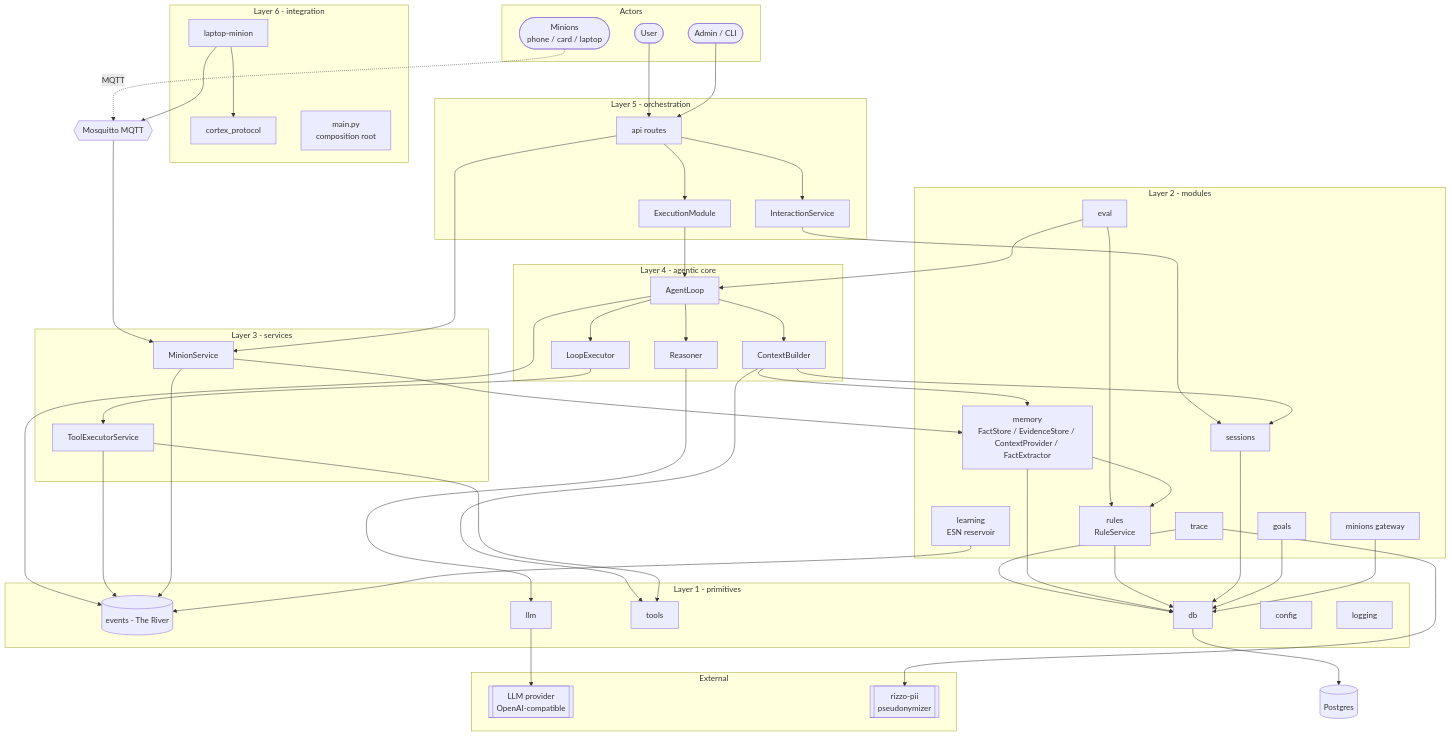
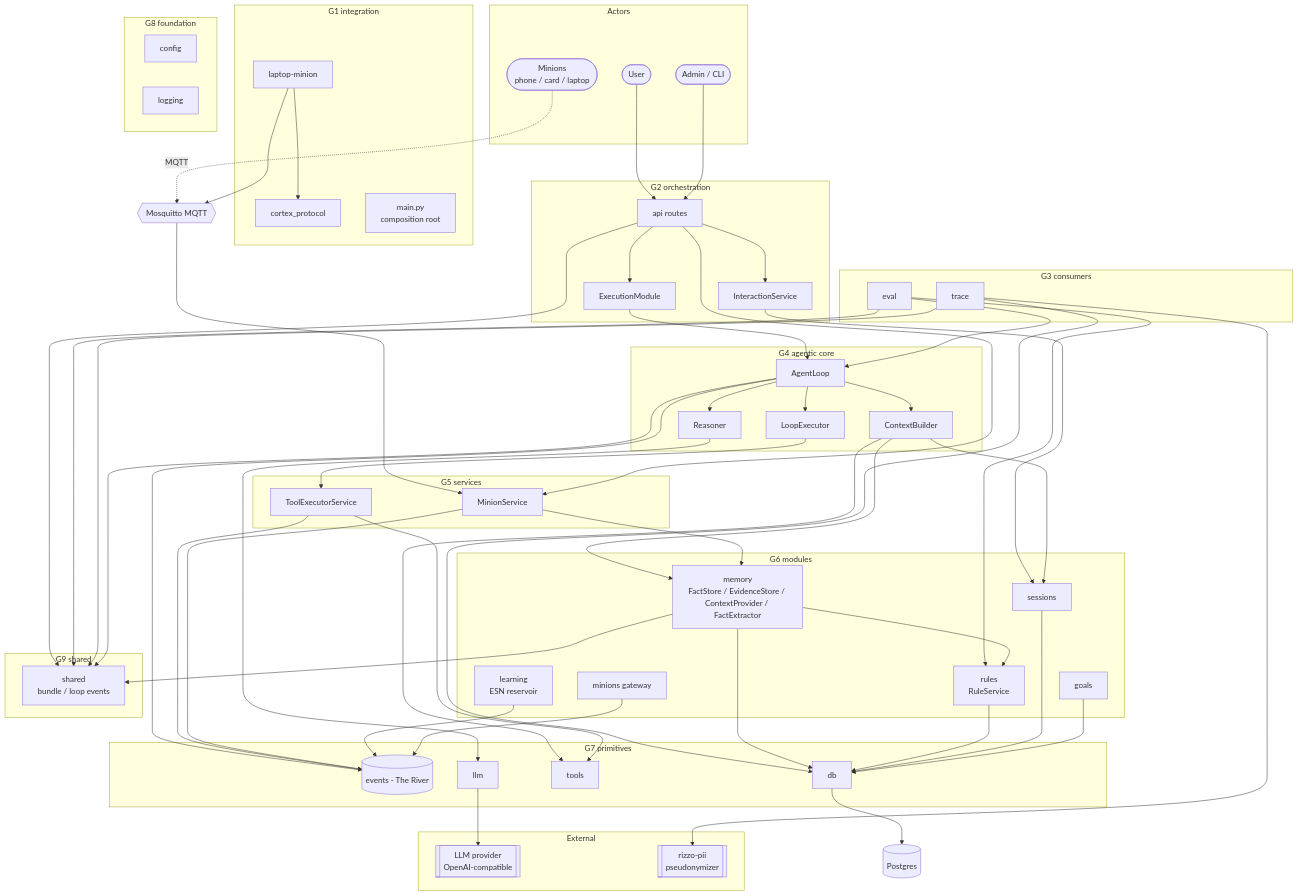
One commit to salvatorebottiglieri/botti-agent changed the first of 3 diagrams in docs/specs/architecture.md. Above: the diagram before and after it, drawn with Mermaid. The commit also changed other lines of this file and 2 other files, not shown here.

Commit message:
docs(boundaries): #184 the architecture document follows the enforced order

````diff
--- a/docs/specs/architecture.md
+++ b/docs/specs/architecture.md
@@ -33,48 +34,58 @@
         Sidecar[[rizzo-pii<br/>pseudonymizer]]
     end
 
-    subgraph L6["Layer 6 - integration"]
+    subgraph G1["G1 integration"]
         Protocol[cortex_protocol]
         Laptop[laptop-minion]
         Root[main.py<br/>composition root]
     end
 
-    subgraph L5["Layer 5 - orchestration"]
+    subgraph G2["G2 orchestration"]
         API[api routes]
         Execution[ExecutionModule]
         Interaction[InteractionService]
     end
 
-    subgraph L4["Layer 4 - agentic core"]
+    subgraph G3["G3 consumers"]
+        Eval[eval]
+        Trace[trace]
+    end
+
+    subgraph G4["G4 agentic core"]
         Loop[AgentLoop]
         CtxBuilder[ContextBuilder]
         Reasoner[Reasoner]
         LoopExec[LoopExecutor]
     end
 
-    subgraph L3["Layer 3 - services"]
+    subgraph G5["G5 services"]
         ToolSvc[ToolExecutorService]
         MinionSvc[MinionService]
     end
 
-    subgraph L2["Layer 2 - modules"]
+    subgraph G6["G6 modules"]
         Sessions[sessions]
         Memory[memory<br/>FactStore / EvidenceStore / ContextProvider / FactExtractor]
         Goals[goals]
         MinionsMod[minions gateway]
-        Trace[trace]
-        Eval[eval]
         Learning[learning<br/>ESN reservoir]
         Rules[rules<br/>RuleService]
     end
 
-    subgraph L1["Layer 1 - primitives"]
+    subgraph G7["G7 primitives"]
         River[(events - The River)]
         LLM[llm]
         Tools[tools]
         DB[db]
+    end
+
+    subgraph G8["G8 foundation"]
         Config[config]
         Logging[logging]
+    end
+
+    subgraph G9["G9 shared"]
+        Shared[shared<br/>bundle / loop events]
     end
 
     PG[(Postgres)]
@@ -89,13 +100,22 @@
     API --> Execution
     API --> Interaction
     API --> MinionSvc
+    API --> Shared
     Execution --> Loop
     Interaction --> Sessions
+
+    Eval --> Loop
+    Eval --> Rules
+    Eval --> Shared
+    Trace --> DB
+    Trace --> Sidecar
+    Trace --> Shared
 
     Loop --> CtxBuilder
     Loop --> Reasoner
     Loop --> LoopExec
     Loop --> River
+    Loop --> Shared
     CtxBuilder --> Memory
     CtxBuilder --> Sessions
     CtxBuilder --> Tools
@@ -108,17 +128,14 @@
     MinionSvc --> Memory
     MinionSvc --> River
     Learning --> River
-    Eval --> Loop
-    Eval --> Rules
-    Trace --> DB
-    Trace --> Sidecar
     Laptop --> Protocol
 
+    Memory --> Shared
     Memory --> Rules
     Memory --> DB
     Rules --> DB
     Sessions --> DB
     Goals --> DB
-    MinionsMod --> DB
+    MinionsMod --> River
     DB --> PG
 ```
````
